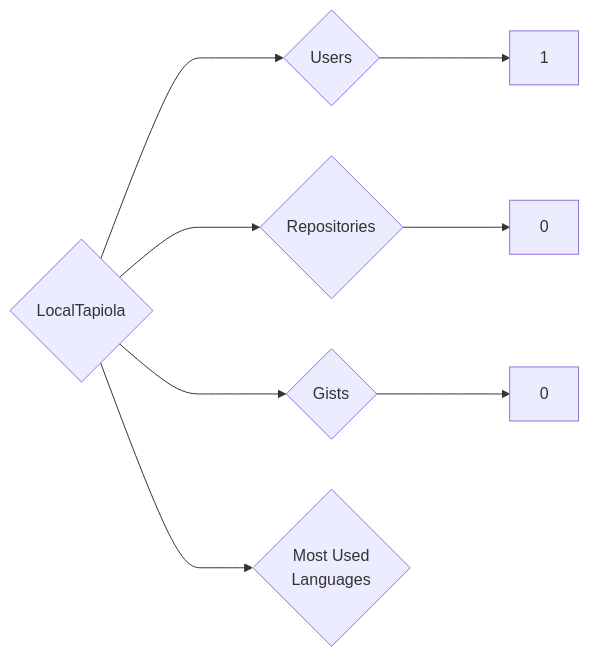
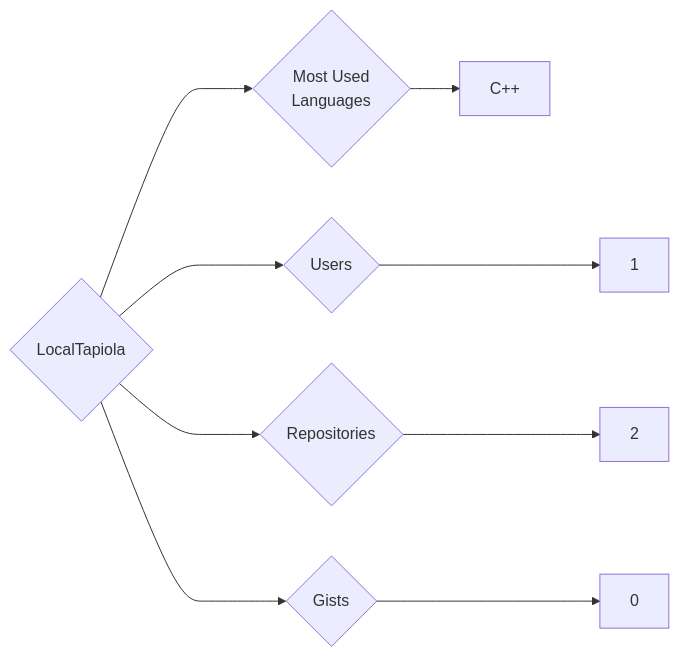
Before and after one commit to trickest/insiders: the diagram in targets/LocalTapiola/README.md, drawn with Mermaid. The commit also changed 1696 other files, not shown here.

````diff
--- a/targets/LocalTapiola/README.md
+++ b/targets/LocalTapiola/README.md
@@ -3,8 +3,9 @@
 ```mermaid
 graph LR
 COMPANY_NAME{LocalTapiola}
 COMPANY_NAME ---> U{Users} ---> UN[1]
-COMPANY_NAME ---> R{Repositories} ---> RN[0]
+COMPANY_NAME ---> R{Repositories} ---> RN[2]
 COMPANY_NAME ---> G{Gists} ---> GN[0]
 COMPANY_NAME ---> ML{Most Used<br>Languages}
+ML --> C++[C++]
 ```
````
